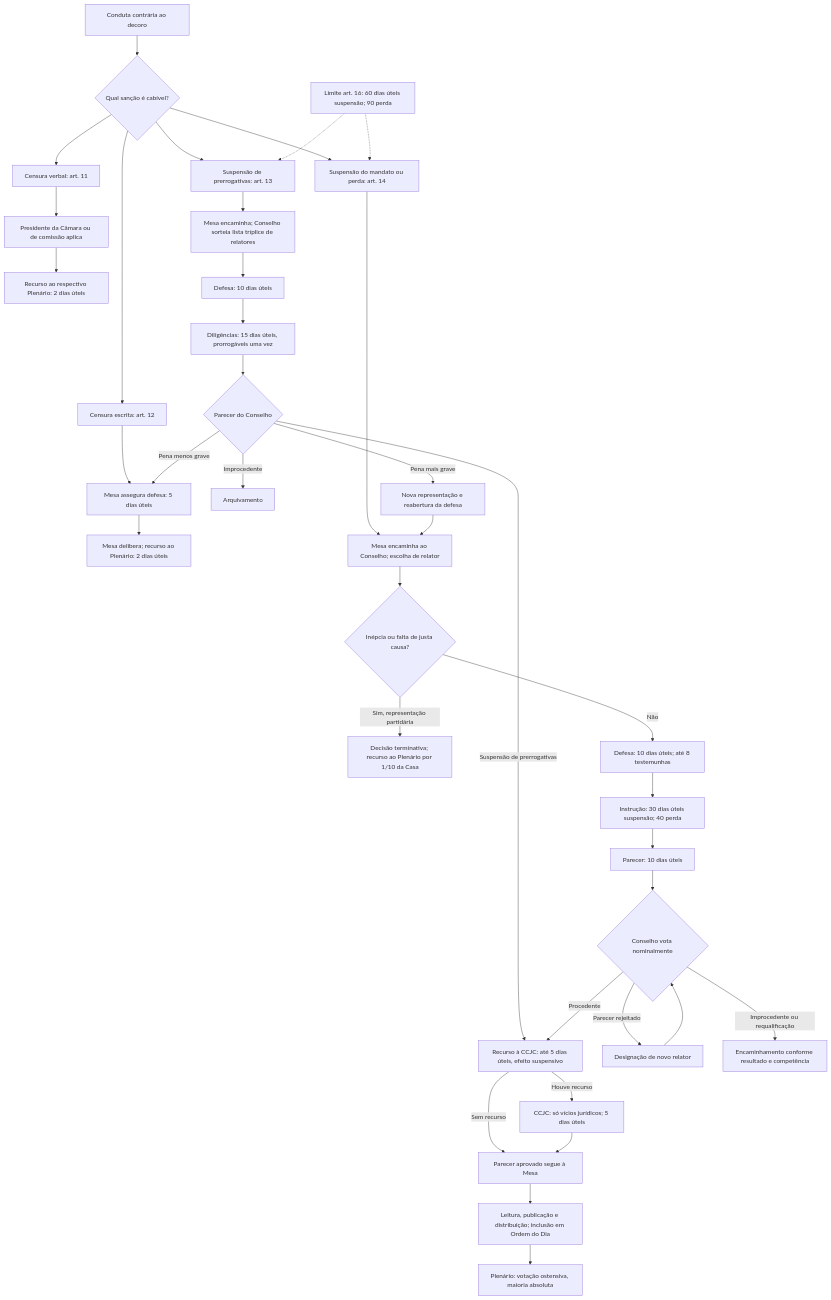
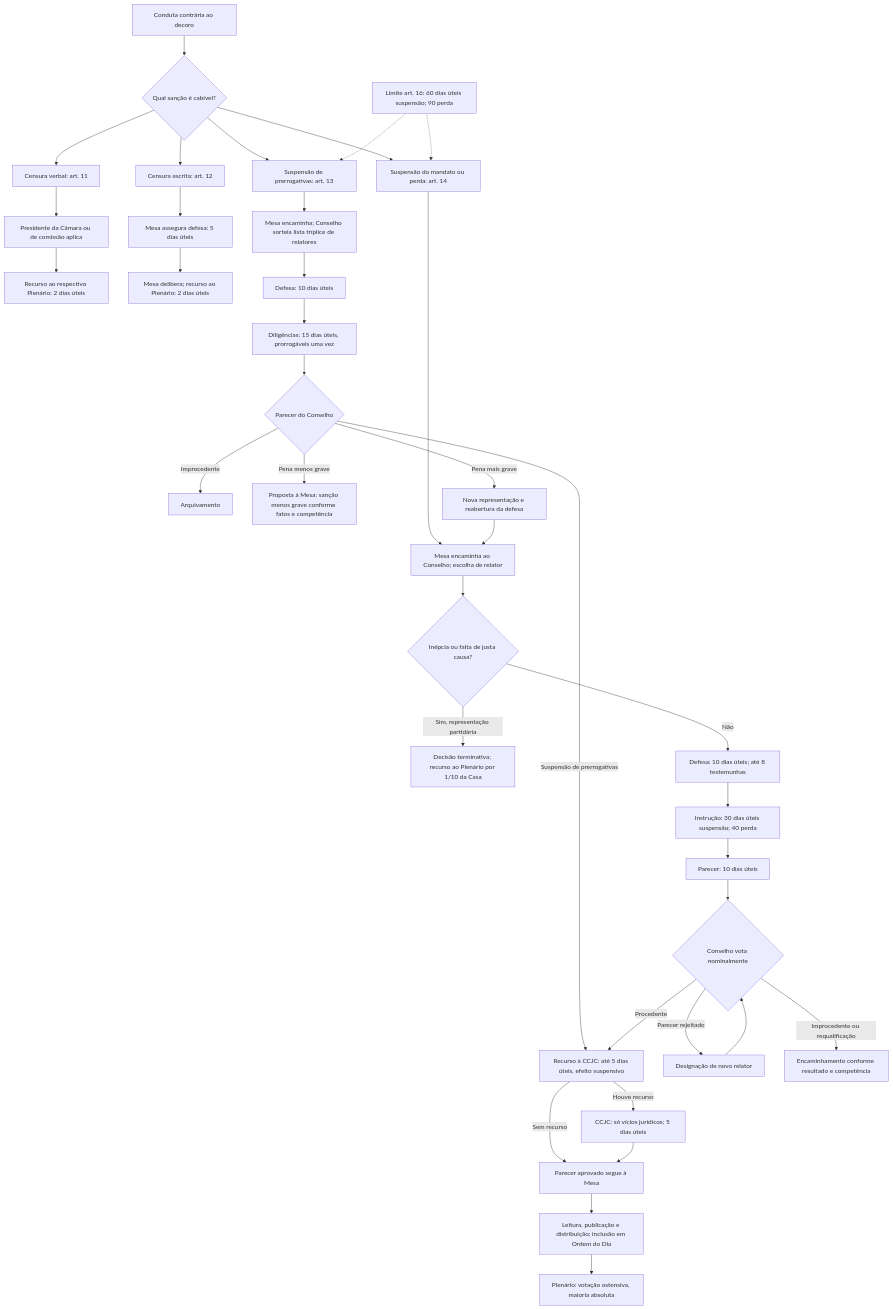
Before and after one commit to leorruas/concursos: the diagram in 3 - Materias/Direito Constitucional/34 - codigo de etica e decoro parlamentar da camara.md, drawn with Mermaid.

Commit message:
DC34: remove atalho indevido para censura escrita no fluxograma

````diff
--- a/3 - Materias/Direito Constitucional/34 - codigo de etica e decoro parlamentar da camara.md
+++ b/3 - Materias/Direito Constitucional/34 - codigo de etica e decoro parlamentar da camara.md
@@ -134,39 +134,39 @@
 ```mermaid
 flowchart TD
  A["Conduta contrária ao decoro"] --> B{"Qual sanção é cabível?"}
  B --> C["Censura verbal: art. 11"]
  C --> C1["Presidente da Câmara ou de comissão aplica"]
  C1 --> C2["Recurso ao respectivo Plenário: 2 dias úteis"]
  B --> D["Censura escrita: art. 12"]
  D --> D1["Mesa assegura defesa: 5 dias úteis"]
  D1 --> D2["Mesa delibera; recurso ao Plenário: 2 dias úteis"]
  B --> E["Suspensão de prerrogativas: art. 13"]
  E --> E1["Mesa encaminha; Conselho sorteia lista tríplice de relatores"]
  E1 --> E2["Defesa: 10 dias úteis"]
  E2 --> E3["Diligências: 15 dias úteis, prorrogáveis uma vez"]
  E3 --> E4{"Parecer do Conselho"}
  E4 -->|Improcedente| F["Arquivamento"]
- E4 -->|Pena menos grave| D1
+ E4 -->|Pena menos grave| M["Proposta à Mesa: sanção menos grave conforme fatos e competência"]
  E4 -->|Pena mais grave| G["Nova representação e reabertura da defesa"]
  E4 -->|Suspensão de prerrogativas| H["Recurso à CCJC: até 5 dias úteis, efeito suspensivo"]
  B --> I["Suspensão do mandato ou perda: art. 14"]
  I --> I1["Mesa encaminha ao Conselho; escolha de relator"]
  I1 --> I2{"Inépcia ou falta de justa causa?"}
  I2 -->|Sim, representação partidária| F2["Decisão terminativa; recurso ao Plenário por 1/10 da Casa"]
  I2 -->|Não| I3["Defesa: 10 dias úteis; até 8 testemunhas"]
  I3 --> I4["Instrução: 30 dias úteis suspensão; 40 perda"]
  I4 --> I5["Parecer: 10 dias úteis"]
  I5 --> I6{"Conselho vota nominalmente"}
  I6 -->|Parecer rejeitado| I7["Designação de novo relator"]
  I7 --> I6
  I6 -->|Procedente| H
  I6 -->|Improcedente ou requalificação| F3["Encaminhamento conforme resultado e competência"]
  G --> I1
  H -->|Houve recurso| H1["CCJC: só vícios jurídicos; 5 dias úteis"]
  H -->|Sem recurso| J["Parecer aprovado segue à Mesa"]
  H1 --> J
  J --> K["Leitura, publicação e distribuição; inclusão em Ordem do Dia"]
  K --> L["Plenário: votação ostensiva, maioria absoluta"]
  N["Limite art. 16: 60 dias úteis suspensão; 90 perda"] -.-> E
  N -.-> I
 ```
````
